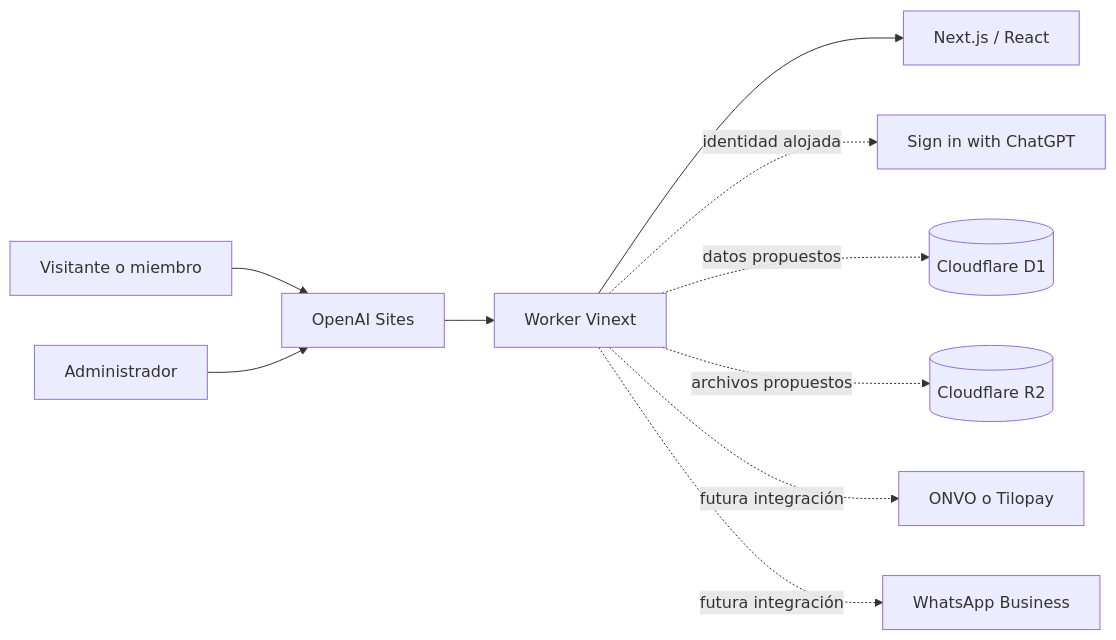
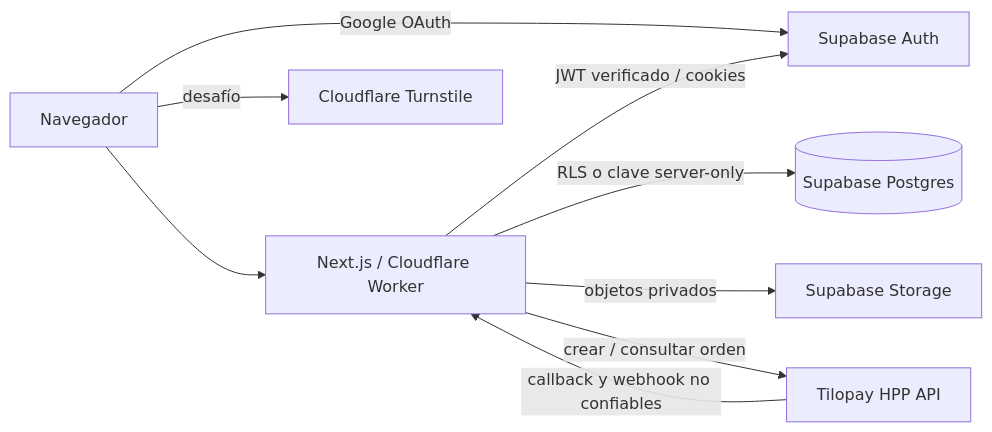
The diagram in docs/ARQUITECTURA.md (rubenweb26-boop/Rub-n-Rodr-guez-Plataforma-Informativa), drawn with Mermaid before and after one commit. The commit also changed other lines of this file and 130 other files, not shown here.

````diff
--- a/docs/ARQUITECTURA.md
+++ b/docs/ARQUITECTURA.md
@@ -18,12 +7,11 @@
 ```mermaid
 flowchart LR
-    U[Visitante o miembro] --> S[OpenAI Sites]
-    S --> W[Worker Vinext]
-    W --> UI[Next.js / React]
-    W -. identidad alojada .-> I[Sign in with ChatGPT]
-    W -. datos propuestos .-> D[(Cloudflare D1)]
-    W -. archivos propuestos .-> R[(Cloudflare R2)]
-    W -. futura integración .-> P[ONVO o Tilopay]
-    W -. futura integración .-> WA[WhatsApp Business]
-    A[Administrador] --> S
+  B[Navegador] --> W[Next.js / Cloudflare Worker]
+  B -->|Google OAuth| S[Supabase Auth]
+  W -->|JWT verificado / cookies| S
+  W -->|RLS o clave server-only| P[(Supabase Postgres)]
+  W -->|objetos privados| T[Supabase Storage]
+  W -->|crear / consultar orden| H[Tilopay HPP API]
+  H -->|callback y webhook no confiables| W
+  B -->|desafío| C[Cloudflare Turnstile]
 ```
````
